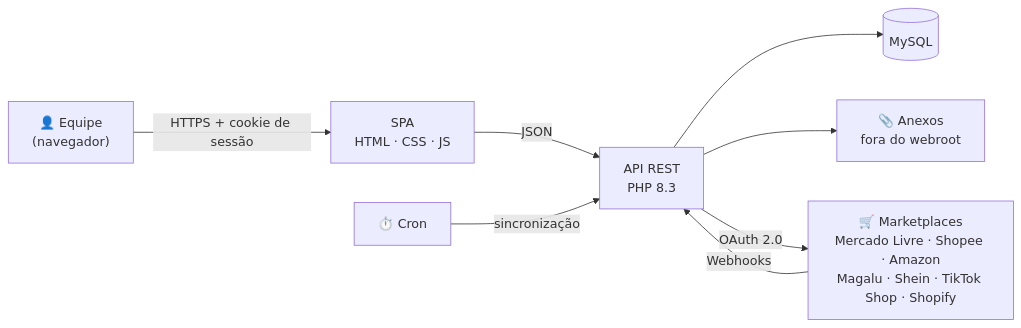
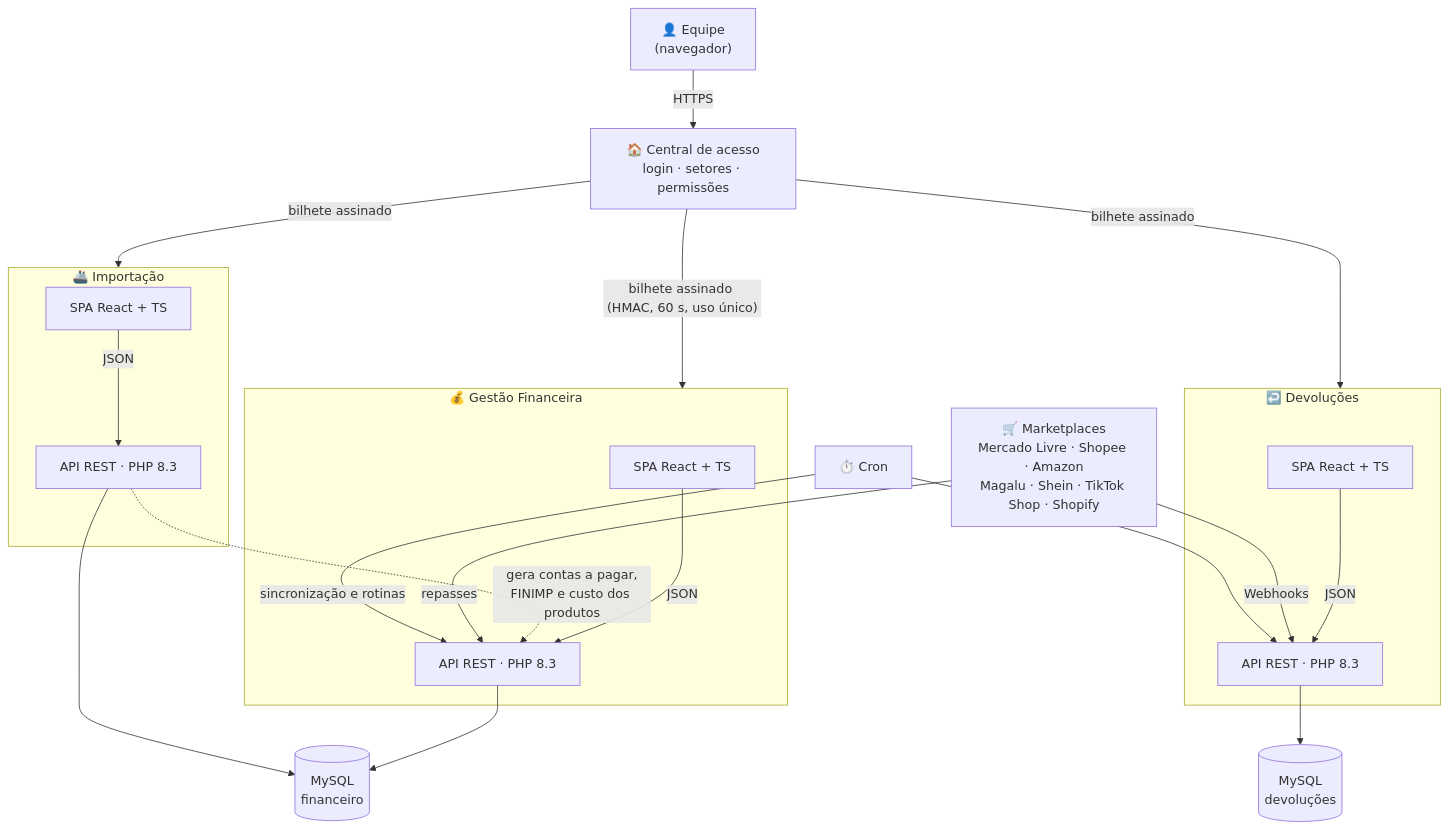
The diagram in README.md (GustavoCJSilva/GustavoCJSilva), drawn with Mermaid before and after one commit. The commit also changed other lines of this file, not shown here.

Commit message:
README: Plataforma Feheros — central de acesso com login único e 3 sistemas (Gestão Financeira, Importação, Devoluções)

````diff
--- a/README.md
+++ b/README.md
@@ -60,10 +60,28 @@
 ```mermaid
-flowchart LR
-    U["👤 Equipe<br/>(navegador)"] -->|HTTPS + cookie de sessão| SPA["SPA<br/>HTML · CSS · JS"]
-    SPA -->|JSON| API["API REST<br/>PHP 8.3"]
-    API --> DB[("MySQL")]
-    API --> FS["📎 Anexos<br/>fora do webroot"]
-    MP["🛒 Marketplaces<br/>Mercado Livre · Shopee · Amazon<br/>Magalu · Shein · TikTok Shop · Shopify"] -->|Webhooks| API
-    CRON["⏱️ Cron"] -->|sincronização| API
-    API -->|OAuth 2.0| MP
+flowchart TB
+    U["👤 Equipe<br/>(navegador)"] -->|HTTPS| P["🏠 Central de acesso<br/>login · setores · permissões"]
+
+    P -->|"bilhete assinado (HMAC, 60 s, uso único)"| GF
+    P -->|"bilhete assinado"| IMP
+    P -->|"bilhete assinado"| DEV
+
+    subgraph GF["💰 Gestão Financeira"]
+        GF_SPA["SPA React + TS"] -->|JSON| GF_API["API REST · PHP 8.3"]
+    end
+    subgraph IMP["🚢 Importação"]
+        IMP_SPA["SPA React + TS"] -->|JSON| IMP_API["API REST · PHP 8.3"]
+    end
+    subgraph DEV["↩️ Devoluções"]
+        DEV_SPA["SPA React + TS"] -->|JSON| DEV_API["API REST · PHP 8.3"]
+    end
+
+    GF_API --> DBF[("MySQL<br/>financeiro")]
+    IMP_API --> DBF
+    DEV_API --> DBD[("MySQL<br/>devoluções")]
+    IMP_API -. "gera contas a pagar,<br/>FINIMP e custo dos produtos" .-> GF_API
+
+    MP["🛒 Marketplaces<br/>Mercado Livre · Shopee · Amazon<br/>Magalu · Shein · TikTok Shop · Shopify"] -->|Webhooks| DEV_API
+    MP -->|repasses| GF_API
+    CRON["⏱️ Cron"] -->|sincronização e rotinas| GF_API
+    CRON --> DEV_API
 ```
````
